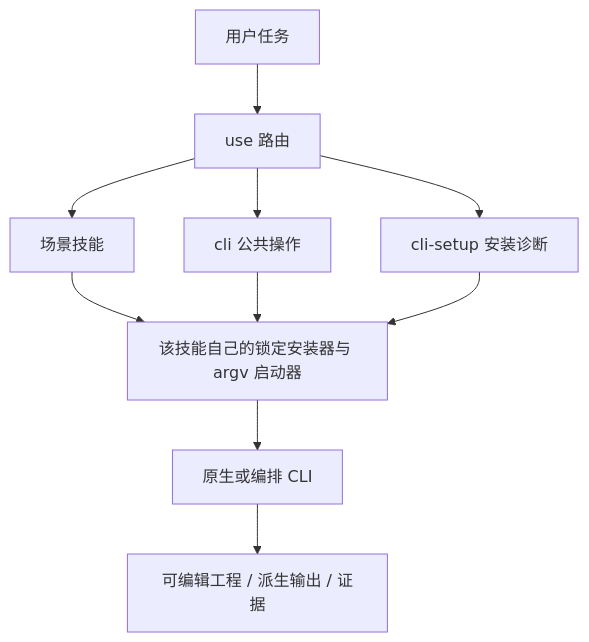
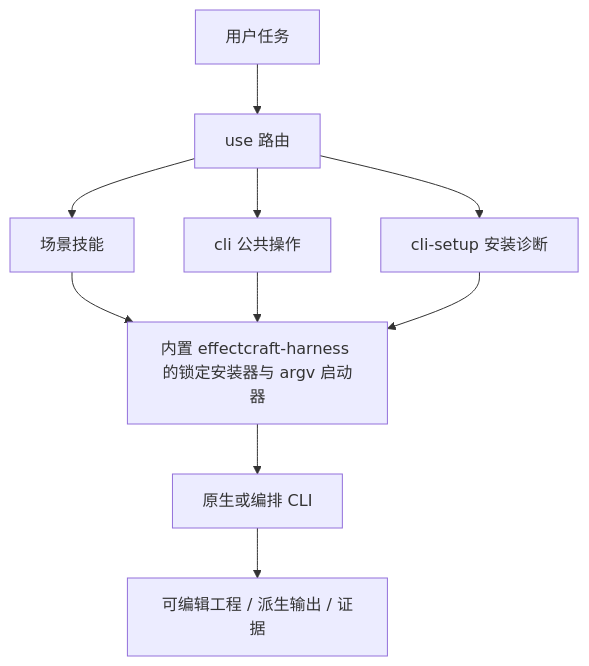
One commit to full-aigc-plugins/effectcraft-plugin changed the diagram in docs/EffectCraft-Skill-Suite-Architecture.zh_CN.md. Above: the diagram before and after it, drawn with Mermaid. The commit also changed other lines of this file and 1298 other files, not shown here.

Commit message:
优化：自研运行时收敛为内置 effectcraft-harness（上游 v0.1.0-dev.69 重锁），薄化领域技能、补宿主定制配置与 PAPR 合规，同步 traceability/specs 与收敛证据

````diff
--- a/docs/EffectCraft-Skill-Suite-Architecture.zh_CN.md
+++ b/docs/EffectCraft-Skill-Suite-Architecture.zh_CN.md
@@ -27,12 +29,12 @@
 ```mermaid
 flowchart TD
  U[用户任务] --> R[use 路由]
  R --> C[cli 公共操作]
  R --> S[cli-setup 安装诊断]
  R --> T[场景技能]
- T --> B[该技能自己的锁定安装器与 argv 启动器]
+ T --> B[内置 effectcraft-harness 的锁定安装器与 argv 启动器]
  C --> B
  S --> B
  B --> N[原生或编排 CLI]
  N --> D[可编辑工程 / 派生输出 / 证据]
 ```
````
